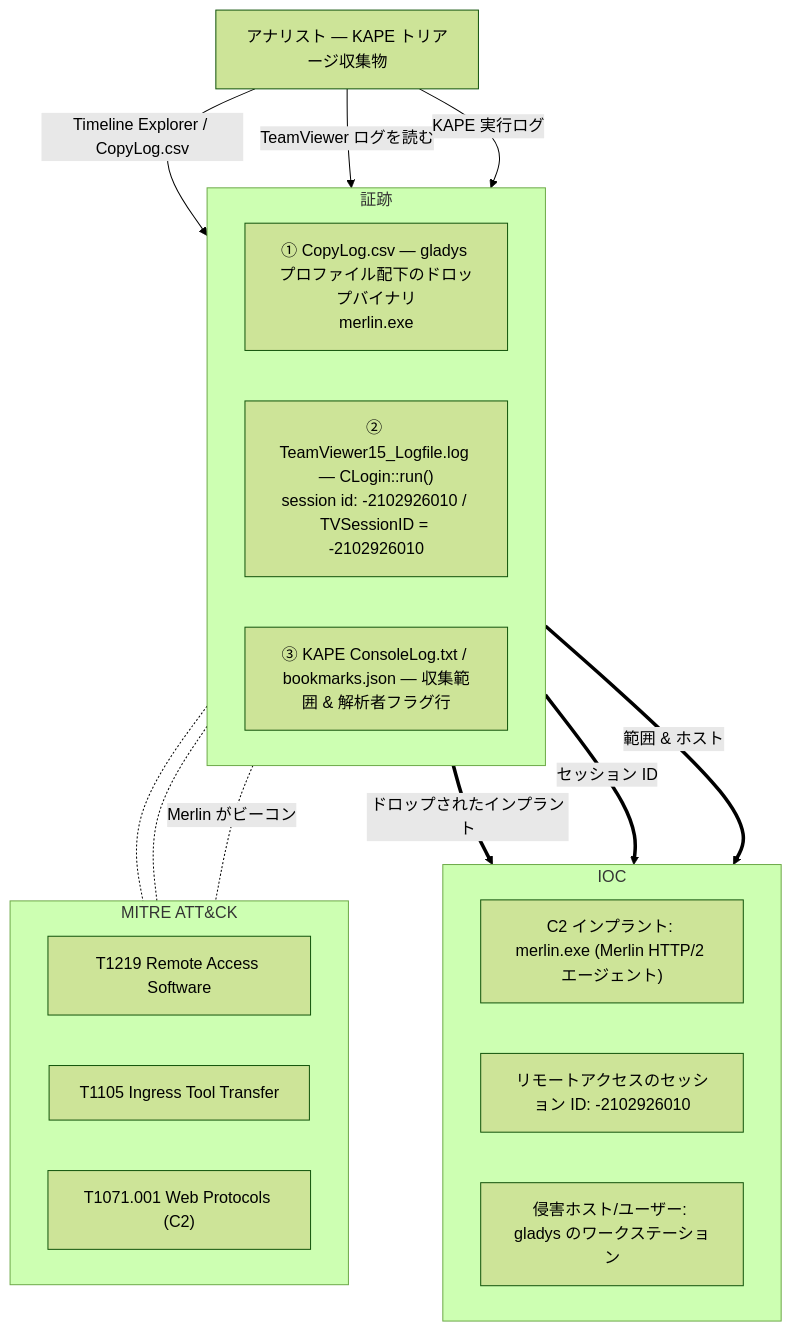
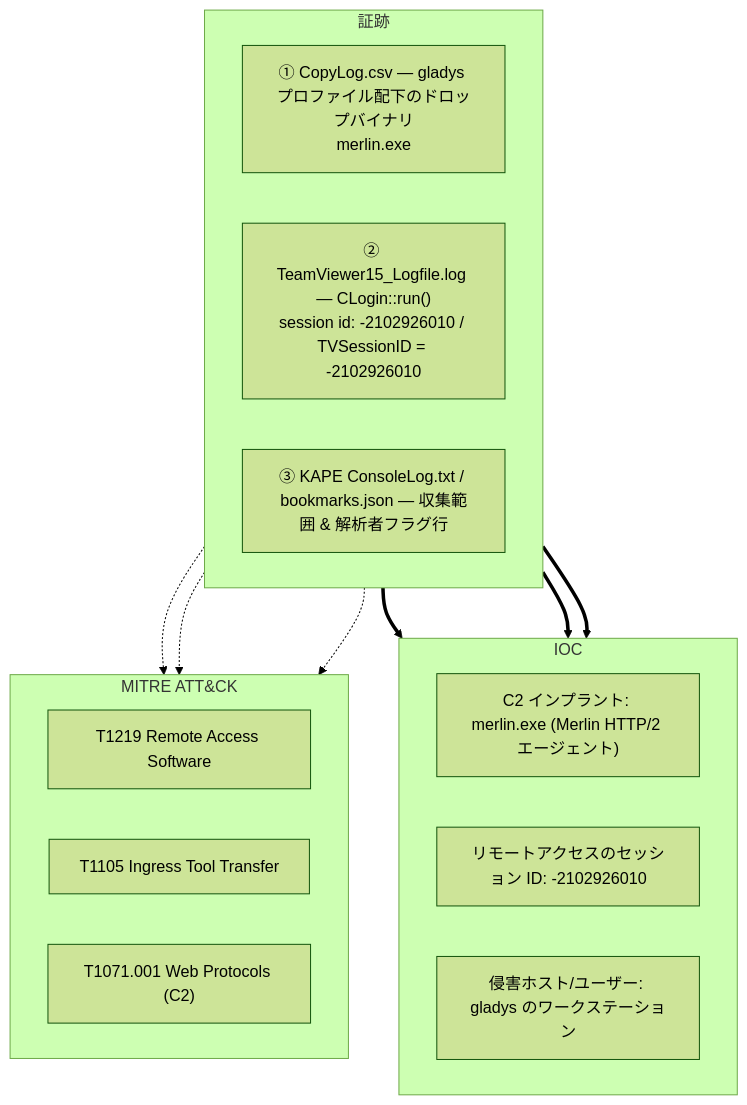
Before and after one commit to morimori-dev/morimori-dev.github.io: the diagram in _posts/2026-06-25-htb-sherlock-ticktock-ja.md, drawn with Mermaid (forest theme). The commit also changed 11 other files, not shown here.

````diff
--- a/_posts/2026-06-25-htb-sherlock-ticktock-ja.md
+++ b/_posts/2026-06-25-htb-sherlock-ticktock-ja.md
@@ -105,35 +105,31 @@
 ```mermaid
 flowchart TB
-    ANALYST["アナリスト — KAPE トリアージ収集物"]
 
     subgraph EVID["証跡"]
         direction LR
         V1["① CopyLog.csv — gladys プロファイル配下のドロップバイナリ<br/>merlin.exe"]
         V2["② TeamViewer15_Logfile.log — CLogin::run()<br/>session id: -2102926010 / TVSessionID = -2102926010"]
         V3["③ KAPE ConsoleLog.txt / bookmarks.json — 収集範囲 &amp; 解析者フラグ行"]
     end
 
     subgraph IOCS["IOC"]
         direction LR
         O1["C2 インプラント: merlin.exe (Merlin HTTP/2 エージェント)"]
         O2["リモートアクセスのセッション ID: -2102926010"]
         O3["侵害ホスト/ユーザー: gladys のワークステーション"]
     end
 
     subgraph ATTACK["MITRE ATT&CK"]
         direction LR
         T1["T1219 Remote Access Software"]
         T2["T1105 Ingress Tool Transfer"]
         T3["T1071.001 Web Protocols (C2)"]
     end
 
-    ANALYST -->|"Timeline Explorer / CopyLog.csv"| V1
-    V1 ==>|"ドロップされたインプラント"| O1
-    ANALYST -->|"TeamViewer ログを読む"| V2
-    V2 ==>|"セッション ID"| O2
-    ANALYST -->|"KAPE 実行ログ"| V3
-    V3 ==>|"範囲 & ホスト"| O3
-    V2 -.- T1
-    V1 -.- T2
-    V1 -.-|"Merlin がビーコン"| T3
+    V1 ==> O1
+    V2 ==> O2
+    V3 ==> O3
+    V2 -.-> T1
+    V1 -.-> T2
+    V1 -.-> T3
 ```
````
